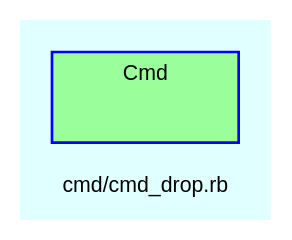
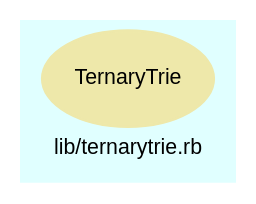
Before and after one commit to Tyche/teensymud: the diagram in doc/dot/f_11.dot, drawn with Graphviz. The commit also changed 127 other files, not shown here.

```diff
--- a/doc/dot/f_11.dot
+++ b/doc/dot/f_11.dot
@@ -1,29 +1,22 @@
 digraph TopLevel {
     compound = true
     bgcolor = lightcyan1
     fontname = Arial
     fontsize = 8
-    label = "cmd/cmd_drop.rb"
+    label = "lib/ternarytrie.rb"
     node [
         fontname = Arial,
         fontsize = 8,
         color = black
     ]
 
-    subgraph cluster_Cmd {
-        fillcolor = palegreen1
-        URL = "classes/Cmd.html"
-        fontname = Arial
-        color = blue
-        label = "Cmd"
-        style = filled
-        Cmd [
-            shape = plaintext,
-            height = 0.01,
-            width = 0.75,
-            label = ""
-        ]
-
-    }
+    TernaryTrie [
+        fontcolor = black,
+        URL = "classes/TernaryTrie.html",
+        shape = ellipse,
+        color = palegoldenrod,
+        style = filled,
+        label = "TernaryTrie"
+    ]
 
 }
```
